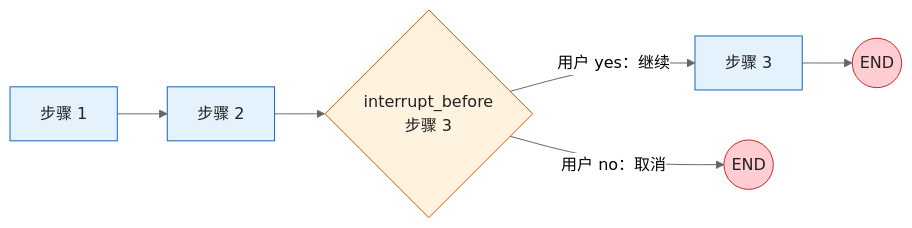
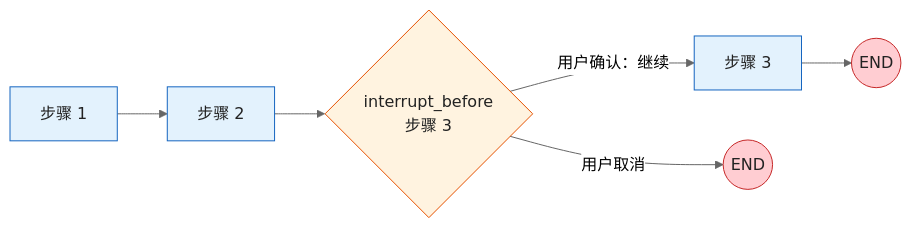
One commit to KwanWaiPang/KwanWaiPang.github.io changed the fourth of 7 diagrams in _posts/2026-07-15-langgraph.md. Above: the diagram before and after it, drawn with Mermaid (neutral theme). The commit also changed other lines of this file, not shown here.

First line of the commit message:
修复 LangGraph 博文图1渲染，并收敛表述与课程覆盖

```diff
--- a/_posts/2026-07-15-langgraph.md
+++ b/_posts/2026-07-15-langgraph.md
@@ -313,16 +336,16 @@
 <div class="mermaid" style="display: flex; justify-content: center; width: 100%; margin: 0 auto;">
 flowchart LR
-    classDef n fill:#E3F2FD,stroke:#1565C0,color:#222
-    classDef human fill:#FFF3E0,stroke:#E65100,color:#222
-    classDef endn fill:#FFCDD2,stroke:#C62828,color:#222
+    classDef nCls fill:#E3F2FD,stroke:#1565C0,color:#222
+    classDef humanCls fill:#FFF3E0,stroke:#E65100,color:#222
+    classDef endCls fill:#FFCDD2,stroke:#C62828,color:#222
 
     A["步骤 1"] --> B["步骤 2"]
     B --> I{"interrupt_before<br/>步骤 3"}
-    I -->|"用户 yes：继续"| C["步骤 3"]
-    I -->|"用户 no：取消"| E((END))
+    I -->|"用户确认：继续"| C["步骤 3"]
+    I -->|"用户取消"| E1((END))
     C --> E2((END))
 
-    class A,B,C n
-    class I human
-    class E,E2 endn
+    class A,B,C nCls
+    class I humanCls
+    class E1,E2 endCls
 </div>
```
